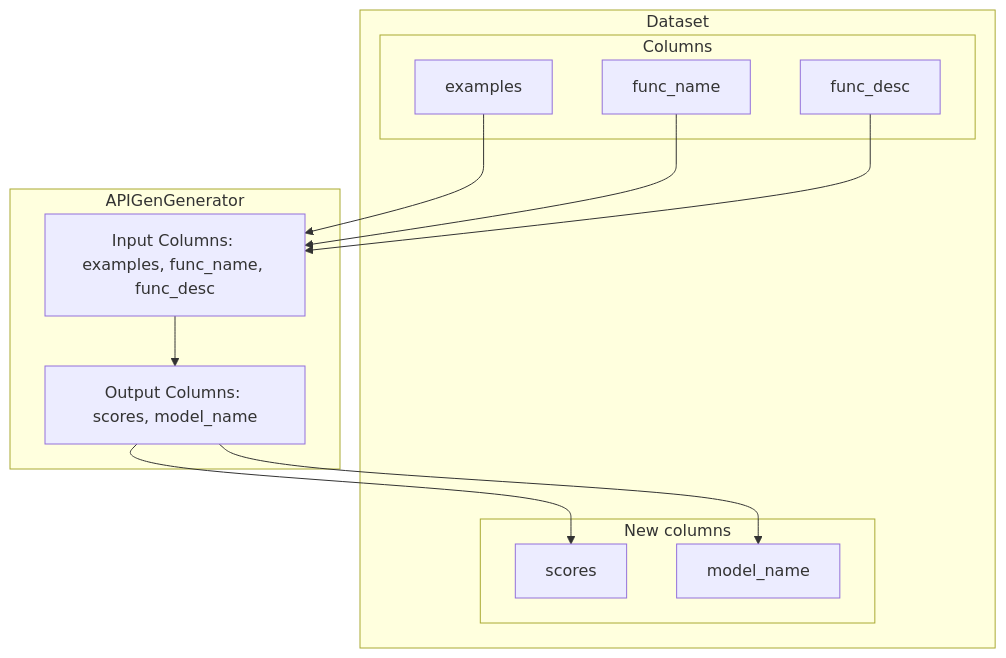
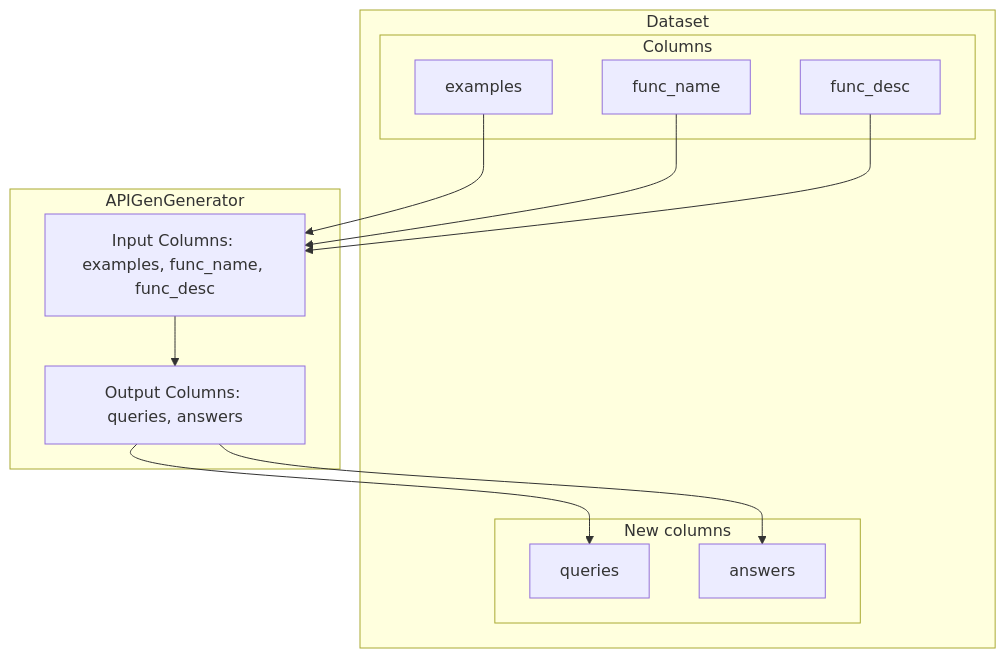
Before and after one commit to argilla-io/distilabel: the diagram in pr-925/components-gallery/tasks/apigengenerator.md, drawn with Mermaid. The commit also changed other lines of this file and 158 other files, not shown here.

````diff
--- a/pr-925/components-gallery/tasks/apigengenerator.md
+++ b/pr-925/components-gallery/tasks/apigengenerator.md
@@ -24,27 +24,27 @@
 ``` mermaid
 graph TD
 	subgraph Dataset
 		subgraph Columns
 			ICOL0[examples]
 			ICOL1[func_name]
 			ICOL2[func_desc]
 		end
 		subgraph New columns
-			OCOL0[scores]
-			OCOL1[model_name]
+			OCOL0[queries]
+			OCOL1[answers]
 		end
 	end
 
 	subgraph APIGenGenerator
 		StepInput[Input Columns: examples, func_name, func_desc]
-		StepOutput[Output Columns: scores, model_name]
+		StepOutput[Output Columns: queries, answers]
 	end
 
 	ICOL0 --> StepInput
 	ICOL1 --> StepInput
 	ICOL2 --> StepInput
 	StepOutput --> OCOL0
 	StepOutput --> OCOL1
 	StepInput --> StepOutput
 
 ```
````
